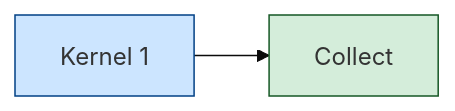
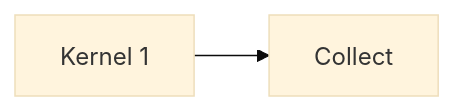
One commit to alirezaazadi/renoir changed diagram 17 of 45 in docs/GPU_MAP_OPERATOR.md. Above: the diagram before and after it, drawn with Mermaid (base theme). The commit also changed other lines of this file, not shown here.

Commit message:
doc: fix the mermaid charts issues

````diff
--- a/docs/GPU_MAP_OPERATOR.md
+++ b/docs/GPU_MAP_OPERATOR.md
@@ -1624,6 +1583,4 @@
 ```mermaid
 flowchart LR
     K1["Kernel 1"] --> C1["Collect"]
-    style K1 fill:#cce5ff,stroke:#004085
-    style C1 fill:#d4edda,stroke:#155724
 ```
````
